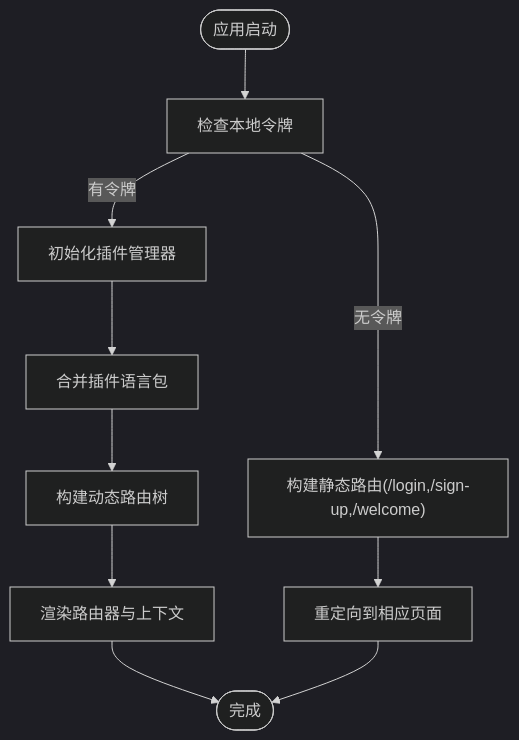
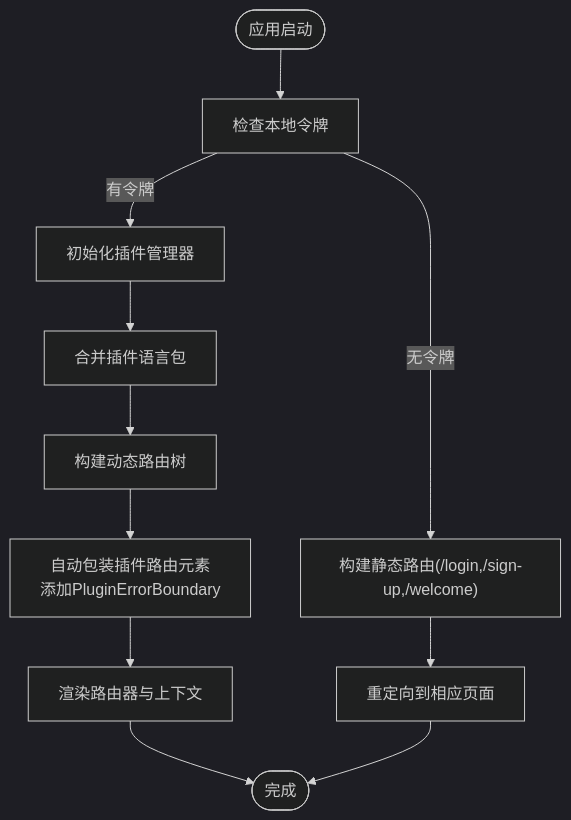
Before and after one commit to LRF0422/Kotion: the third of 11 diagrams in .qoder/repowiki/zh/content/核心模块/应用主组件.md, drawn with Mermaid (dark theme). The commit also changed other lines of this file and 14 other files, not shown here.

````diff
--- a/.qoder/repowiki/zh/content/核心模块/应用主组件.md
+++ b/.qoder/repowiki/zh/content/核心模块/应用主组件.md
@@ -176,12 +207,13 @@
 ```mermaid
 flowchart TD
 Start(["应用启动"]) --> CheckToken["检查本地令牌"]
 CheckToken --> |有令牌| InitPM["初始化插件管理器"]
 CheckToken --> |无令牌| BuildStatic["构建静态路由(/login,/sign-up,/welcome)"]
 InitPM --> MergeLocales["合并插件语言包"]
 MergeLocales --> BuildDynamic["构建动态路由树"]
+BuildDynamic --> WrapRoutes["自动包装插件路由元素<br/>添加PluginErrorBoundary"]
+WrapRoutes --> Render["渲染路由器与上下文"]
 BuildStatic --> Redirect["重定向到相应页面"]
-BuildDynamic --> Render["渲染路由器与上下文"]
 Render --> End(["完成"])
 Redirect --> End
 ```
````
